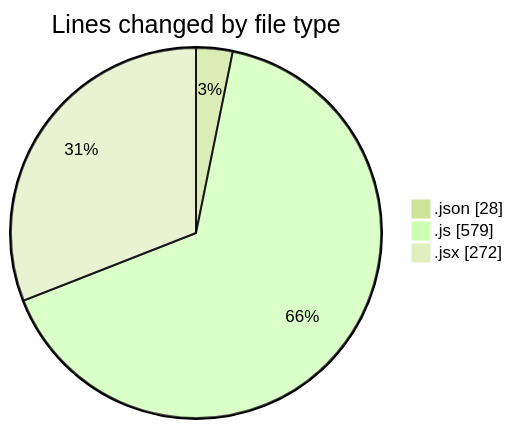
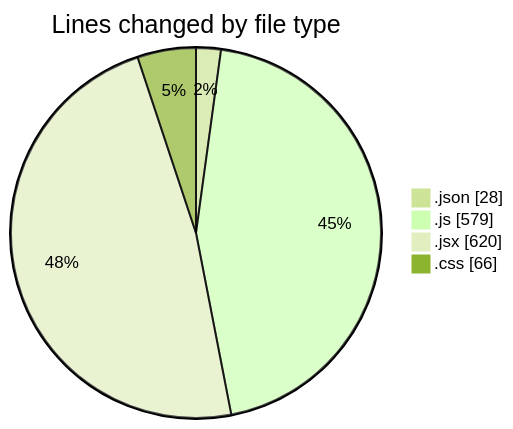
Before and after one commit to becaeroporto-bot/code-tracking: the first of 2 diagrams in 2026-02-21/bot_i_a/README.md, drawn with Mermaid (forest theme). The commit also changed other lines of this file and 1 other file, not shown here.

````diff
--- a/2026-02-21/bot_i_a/README.md
+++ b/2026-02-21/bot_i_a/README.md
@@ -26,7 +31,8 @@
 ```mermaid
 pie showData
 title Lines changed by file type
 ".json" : 28
 ".js" : 579
-".jsx" : 272
+".jsx" : 620
+".css" : 66
 ```
````
